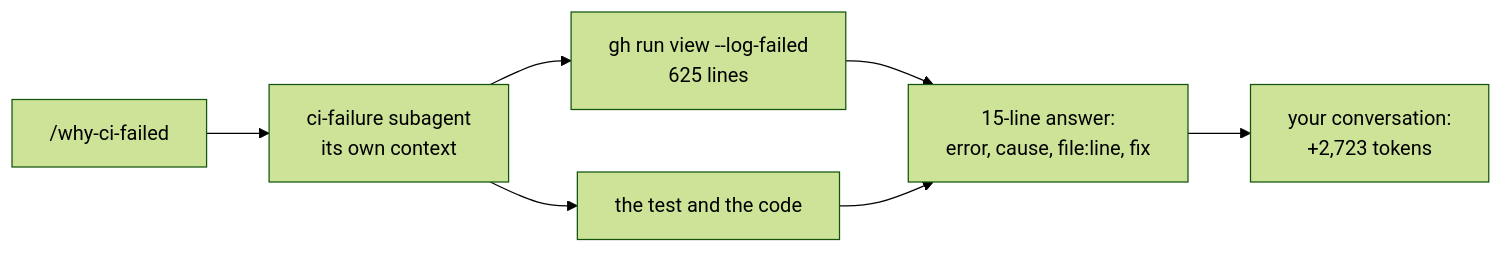
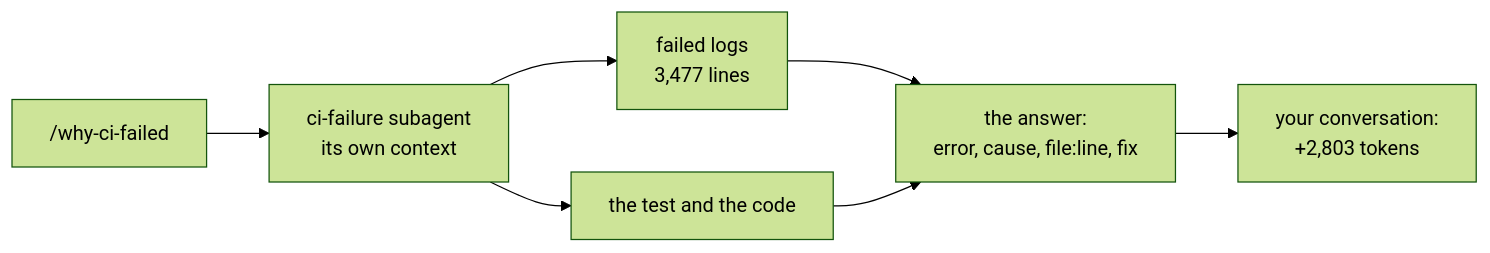
The diagram in 12-ci-failure/README.md (AiFirstDevelopment/claude-code-shorts), drawn with Mermaid (forest theme) before and after one commit. The commit also changed other lines of this file and 3 other files, not shown here.

````diff
--- a/12-ci-failure/README.md
+++ b/12-ci-failure/README.md
@@ -27,9 +47,9 @@
 ```mermaid
 flowchart LR
     Q["/why-ci-failed"] --> S["ci-failure subagent<br/>its own context"]
-    S --> L["gh run view --log-failed<br/>625 lines"]
+    S --> L["failed logs<br/>3,477 lines"]
     S --> C["the test and the code"]
-    L --> A["15-line answer:<br/>error, cause, file:line, fix"]
+    L --> A["the answer:<br/>error, cause, file:line, fix"]
     C --> A
-    A --> M["your conversation:<br/>+2,723 tokens"]
+    A --> M["your conversation:<br/>+2,803 tokens"]
 ```
````
